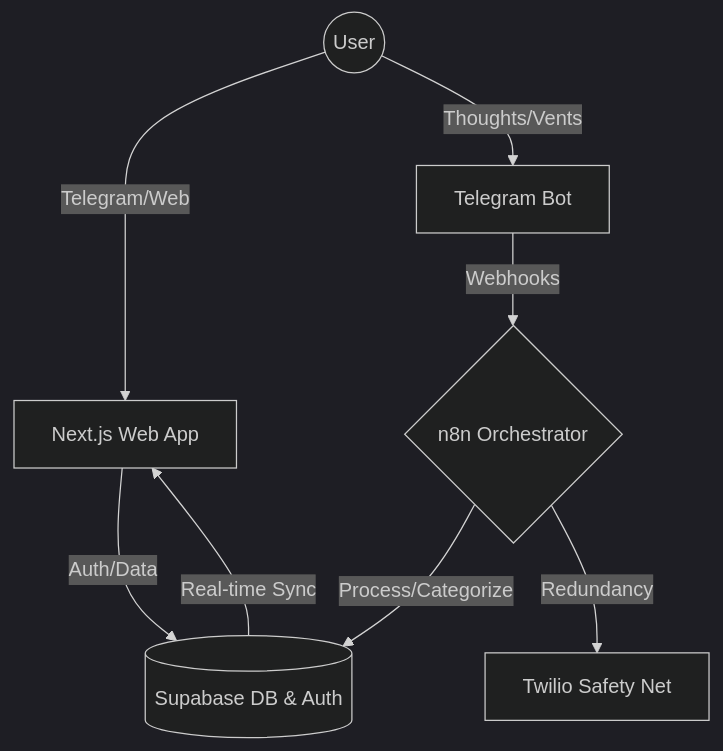
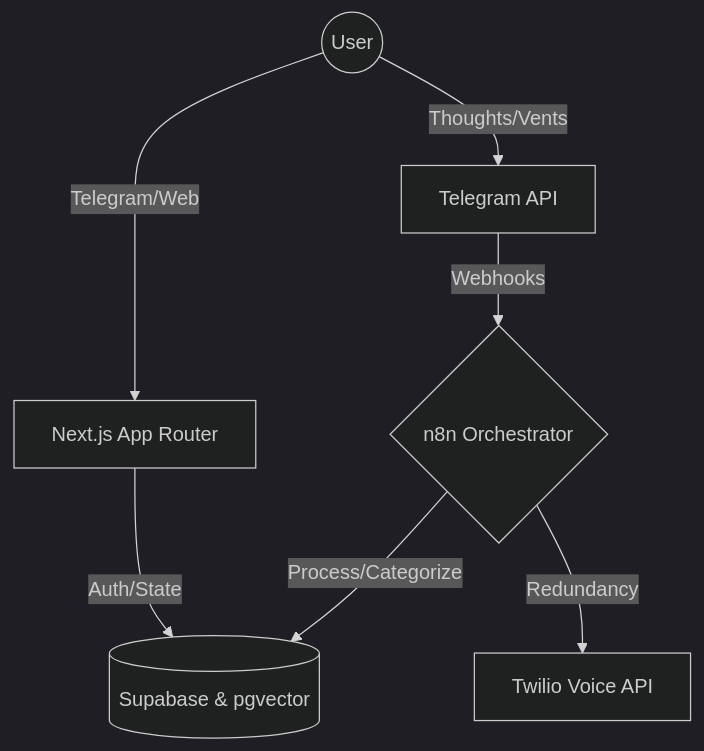
The diagram in README.md (aleocampodev/mindops), drawn with Mermaid (dark theme) before and after one commit. The commit also changed other lines of this file and 1 other file, not shown here.

Commit message:
docs: Refactor README for user accessibility and define infrastructure

````diff
--- a/README.md
+++ b/README.md
@@ -21,10 +31,9 @@
 ```mermaid
 graph TD
-    User((User)) -->|Telegram/Web| Frontend[Next.js Web App]
-    Frontend -->|Auth/Data| Supabase[(Supabase DB & Auth)]
-    User -->|Thoughts/Vents| TelegramBot[Telegram Bot]
+    User((User)) -->|Telegram/Web| Frontend[Next.js App Router]
+    Frontend -->|Auth/State| Supabase[(Supabase & pgvector)]
+    User -->|Thoughts/Vents| TelegramBot[Telegram API]
     TelegramBot -->|Webhooks| Orchestrator{n8n Orchestrator}
     Orchestrator -->|Process/Categorize| Supabase
-    Supabase -->|Real-time Sync| Frontend
-    Orchestrator -->|Redundancy| Twilio[Twilio Safety Net]
+    Orchestrator -->|Redundancy| Twilio[Twilio Voice API]
 ```
````
